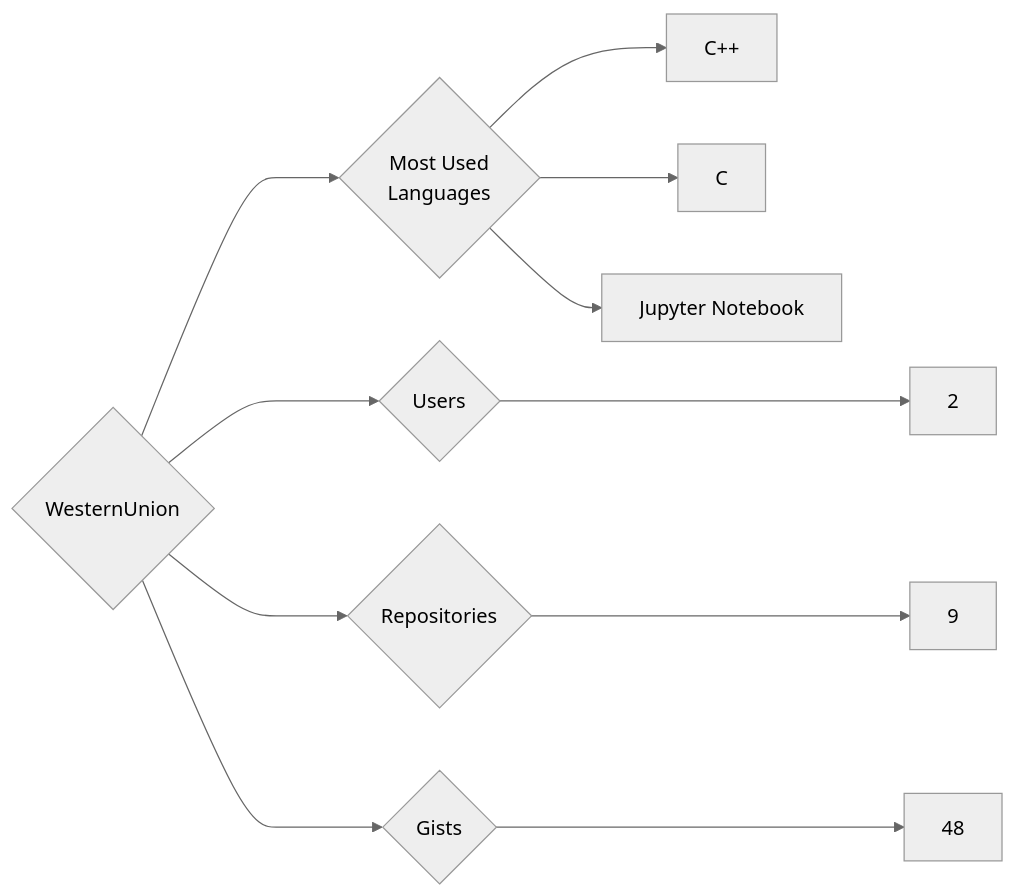
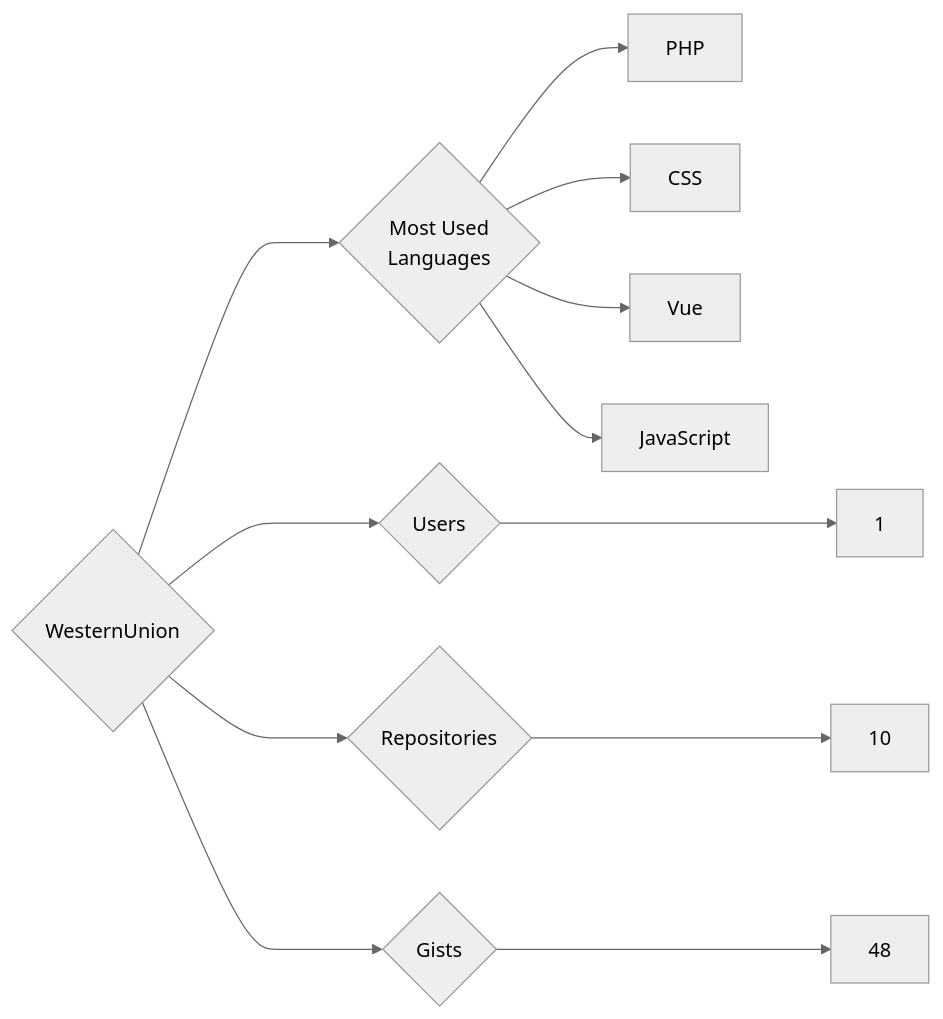
The diagram in targets/WesternUnion/README.md (trickest/insiders), drawn with Mermaid (neutral theme) before and after one commit. The commit also changed 903 other files, not shown here.

````diff
--- a/targets/WesternUnion/README.md
+++ b/targets/WesternUnion/README.md
@@ -3,11 +3,12 @@
 ```mermaid
 graph LR
 COMPANY_NAME{WesternUnion}
-COMPANY_NAME ---> U{Users} ---> UN[2]
-COMPANY_NAME ---> R{Repositories} ---> RN[9]
+COMPANY_NAME ---> U{Users} ---> UN[1]
+COMPANY_NAME ---> R{Repositories} ---> RN[10]
 COMPANY_NAME ---> G{Gists} ---> GN[48]
 COMPANY_NAME ---> ML{Most Used<br>Languages}
-ML --> C++[C++]
-ML --> C[C]
-ML --> Jupyter_Notebook[Jupyter Notebook]
+ML --> PHP[PHP]
+ML --> CSS[CSS]
+ML --> Vue[Vue]
+ML --> JavaScript[JavaScript]
 ```
````
